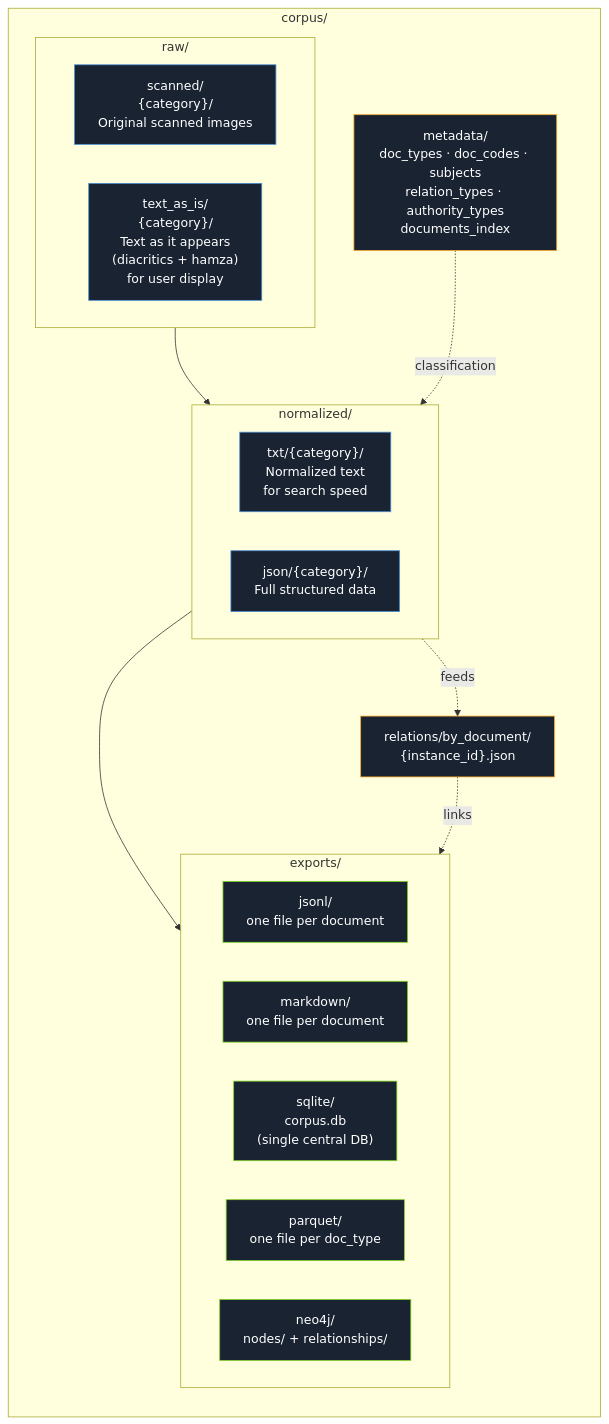
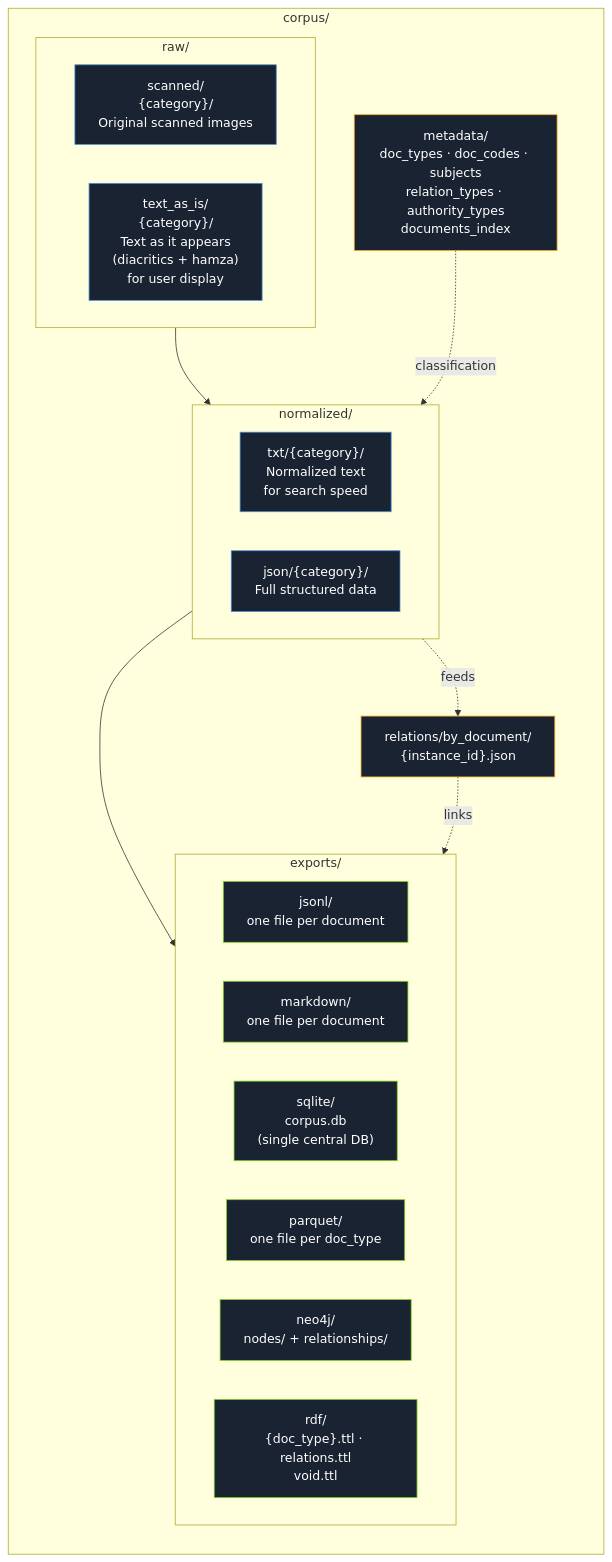
Before and after one commit to heshammalek/ELKM-Egyptian-Legal-Knowledge-Model: the third of 4 diagrams in README.md, drawn with Mermaid. The commit also changed other lines of this file, not shown here.

````diff
--- a/README.md
+++ b/README.md
@@ -297,48 +302,50 @@
 ```mermaid
 flowchart TB
     subgraph corpus ["corpus/"]
         direction TB
 
         subgraph raw ["raw/"]
             direction LR
             scanned["scanned/<br/>{category}/<br/>Original scanned images"]
             tai["text_as_is/<br/>{category}/<br/>Text as it appears<br/>(diacritics + hamza)<br/>for user display"]
         end
 
         subgraph normalized ["normalized/"]
             direction LR
             ntxt["txt/{category}/<br/>Normalized text<br/>for search speed"]
             njson["json/{category}/<br/>Full structured data"]
         end
 
         metadata["metadata/<br/>doc_types · doc_codes · subjects<br/>relation_types · authority_types<br/>documents_index"]
         relations["relations/by_document/<br/>{instance_id}.json"]
 
         subgraph exports ["exports/"]
             direction LR
             jsonl["jsonl/<br/>one file per document"]
             md["markdown/<br/>one file per document"]
             sqlite["sqlite/<br/>corpus.db<br/>(single central DB)"]
             parquet["parquet/<br/>one file per doc_type"]
             neodb["neo4j/<br/>nodes/ + relationships/"]
+            rdf["rdf/<br/>{doc_type}.ttl · relations.ttl<br/>void.ttl"]
         end
     end
 
     raw --> normalized
     normalized --> exports
     metadata -.classification.-> normalized
     normalized -.feeds.-> relations
     relations -.links.-> exports
 
     style scanned fill:#1a2332,stroke:#4a90d9,color:#fff
     style tai fill:#1a2332,stroke:#4a90d9,color:#fff
     style ntxt fill:#1a2332,stroke:#4a90d9,color:#fff
     style njson fill:#1a2332,stroke:#4a90d9,color:#fff
     style metadata fill:#1a2332,stroke:#f5a623,color:#fff
     style relations fill:#1a2332,stroke:#f5a623,color:#fff
     style jsonl fill:#1a2332,stroke:#7ed321,color:#fff
     style md fill:#1a2332,stroke:#7ed321,color:#fff
     style sqlite fill:#1a2332,stroke:#7ed321,color:#fff
     style parquet fill:#1a2332,stroke:#7ed321,color:#fff
     style neodb fill:#1a2332,stroke:#7ed321,color:#fff
+    style rdf fill:#1a2332,stroke:#7ed321,color:#fff
 ```
````
